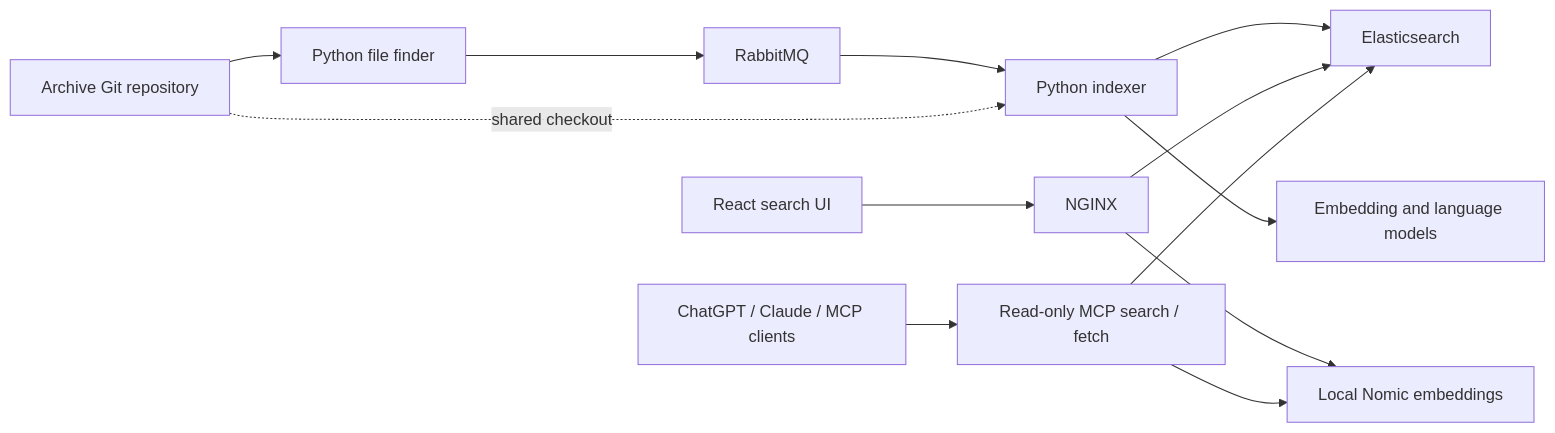
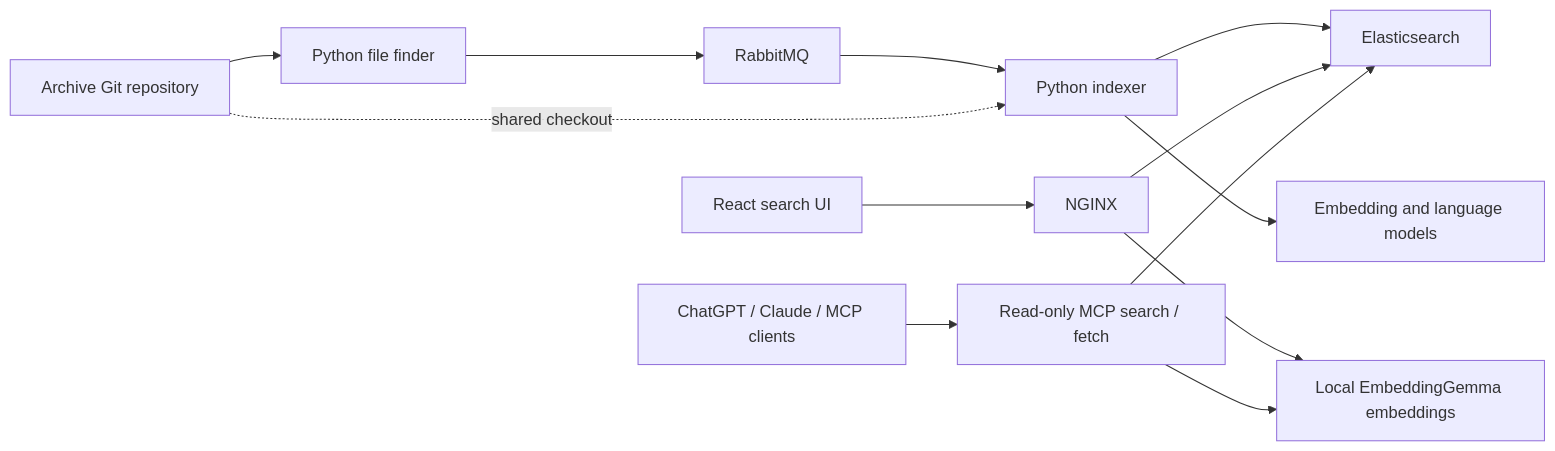
Before and after one commit to dbsanfte/eq-archives-software: the diagram in README.md, drawn with Mermaid. The commit also changed other lines of this file and 49 other files, not shown here.

First line of the commit message:
Migrate search and full reindex to EmbeddingGemma 2

````diff
--- a/README.md
+++ b/README.md
@@ -27,15 +27,15 @@
 ```mermaid
 flowchart LR
     Archive[Archive Git repository] --> Finder[Python file finder]
     Finder --> Queue[RabbitMQ]
     Queue --> Worker[Python indexer]
     Archive -. shared checkout .-> Worker
     Worker --> ES[Elasticsearch]
     Worker --> Models[Embedding and language models]
     Browser[React search UI] --> Proxy[NGINX]
     Proxy --> ES
-    Proxy --> Embeddings[Local Nomic embeddings]
+    Proxy --> Embeddings[Local EmbeddingGemma embeddings]
     Assistants[ChatGPT / Claude / MCP clients] --> MCP[Read-only MCP search / fetch]
     MCP --> ES
     MCP --> Embeddings
 ```
````
